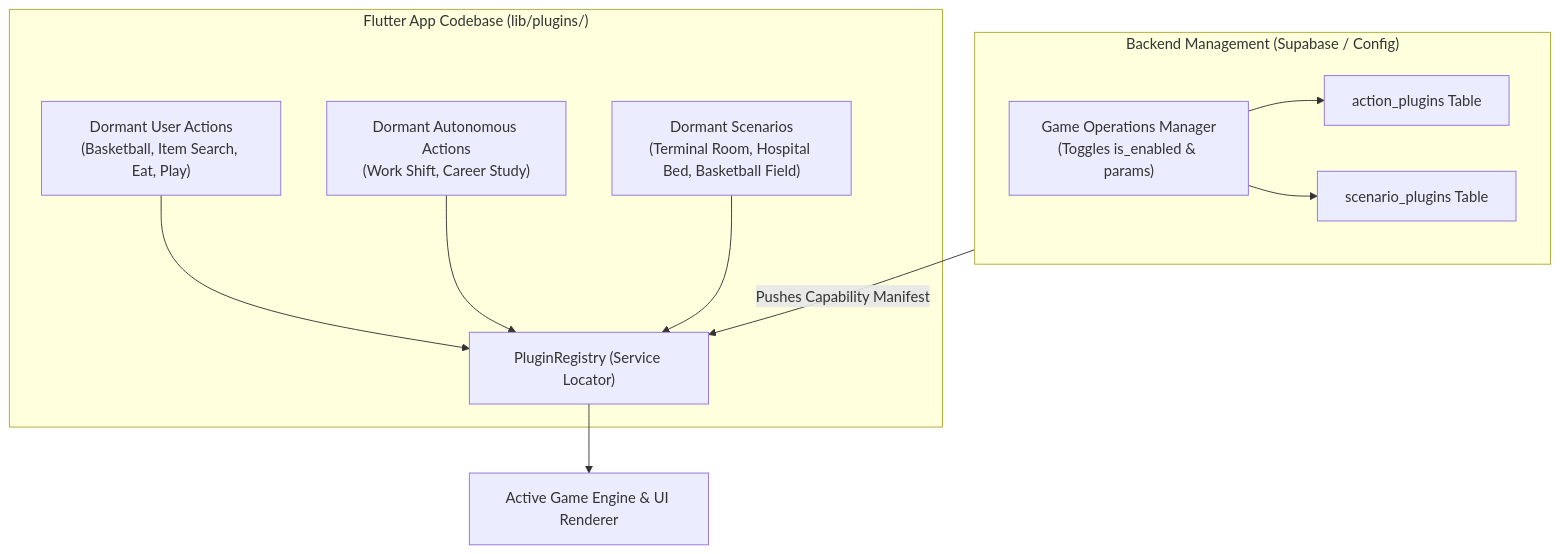
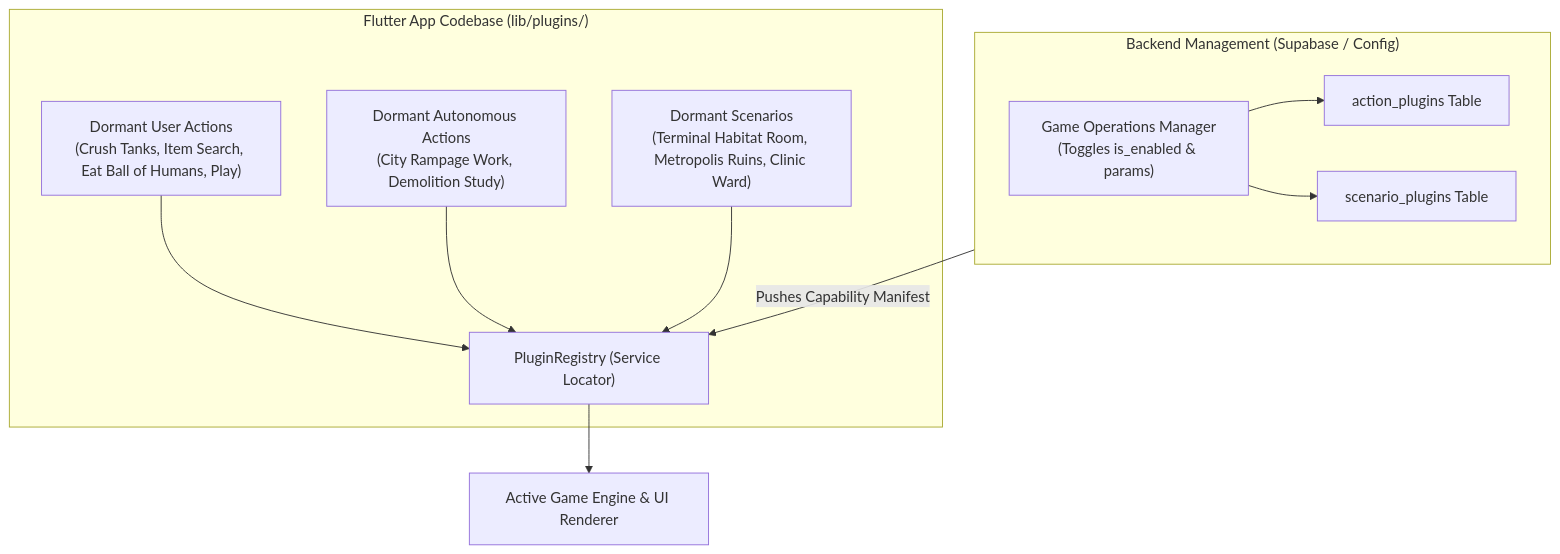
Before and after one commit to TheMrCorvy/HATCH.REF: the diagram in Documentation/Plugins/01-plugin-architecture-overview.md, drawn with Mermaid. The commit also changed other lines of this file and 34 other files, not shown here.

````diff
--- a/Documentation/Plugins/01-plugin-architecture-overview.md
+++ b/Documentation/Plugins/01-plugin-architecture-overview.md
@@ -17,23 +17,23 @@
 ```mermaid
 flowchart TD
     subgraph Codebase["Flutter App Codebase (lib/plugins/)"]
-        DormantActions["Dormant User Actions\n(Basketball, Item Search, Eat, Play)"]
-        DormantAuto["Dormant Autonomous Actions\n(Work Shift, Career Study)"]
-        DormantScenarios["Dormant Scenarios\n(Terminal Room, Hospital Bed, Basketball Field)"]
+        DormantActions["Dormant User Actions\n(Crush Tanks, Item Search, Eat Ball of Humans, Play)"]
+        DormantAuto["Dormant Autonomous Actions\n(City Rampage Work, Demolition Study)"]
+        DormantScenarios["Dormant Scenarios\n(Terminal Habitat Room, Metropolis Ruins, Clinic Ward)"]
         Registry["PluginRegistry (Service Locator)"]
         DormantActions --> Registry
         DormantAuto --> Registry
         DormantScenarios --> Registry
     end
 
     subgraph Backend["Backend Management (Supabase / Config)"]
         ActionTable["action_plugins Table"]
         ScenarioTable["scenario_plugins Table"]
         Manager["Game Operations Manager\n(Toggles is_enabled & params)"]
         Manager --> ActionTable
         Manager --> ScenarioTable
     end
 
     Backend -->|Pushes Capability Manifest| Registry
     Registry --> ActiveEngine["Active Game Engine & UI Renderer"]
 ```
````
